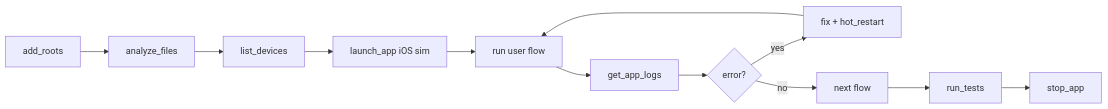
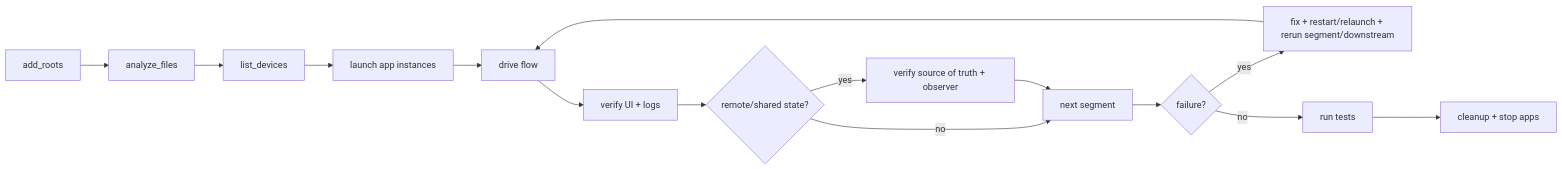
Before and after one commit to sgaabdu4/building-flutter-apps: the diagram in references/dart-mcp-e2e-testing.md, drawn with Mermaid. The commit also changed other lines of this file and 22 other files, not shown here.

````diff
--- a/references/dart-mcp-e2e-testing.md
+++ b/references/dart-mcp-e2e-testing.md
@@ -36,14 +46,17 @@
 ```mermaid
 graph LR
   A[add_roots] --> B[analyze_files]
   B --> C[list_devices]
-  C --> D[launch_app iOS sim]
-  D --> E[run user flow]
-  E --> F[get_app_logs]
-  F --> G{error?}
-  G -->|yes| H[fix + hot_restart]
-  H --> E
-  G -->|no| I[next flow]
-  I --> J[run_tests]
-  J --> K[stop_app]
+  C --> D[launch app instances]
+  D --> E[drive flow]
+  E --> F[verify UI + logs]
+  F --> G{remote/shared state?}
+  G -->|yes| H[verify source of truth + observer]
+  G -->|no| I[next segment]
+  H --> I
+  I --> J{failure?}
+  J -->|yes| K[fix + restart/relaunch + rerun segment/downstream]
+  K --> E
+  J -->|no| L[run tests]
+  L --> M[cleanup + stop apps]
 ```
````
